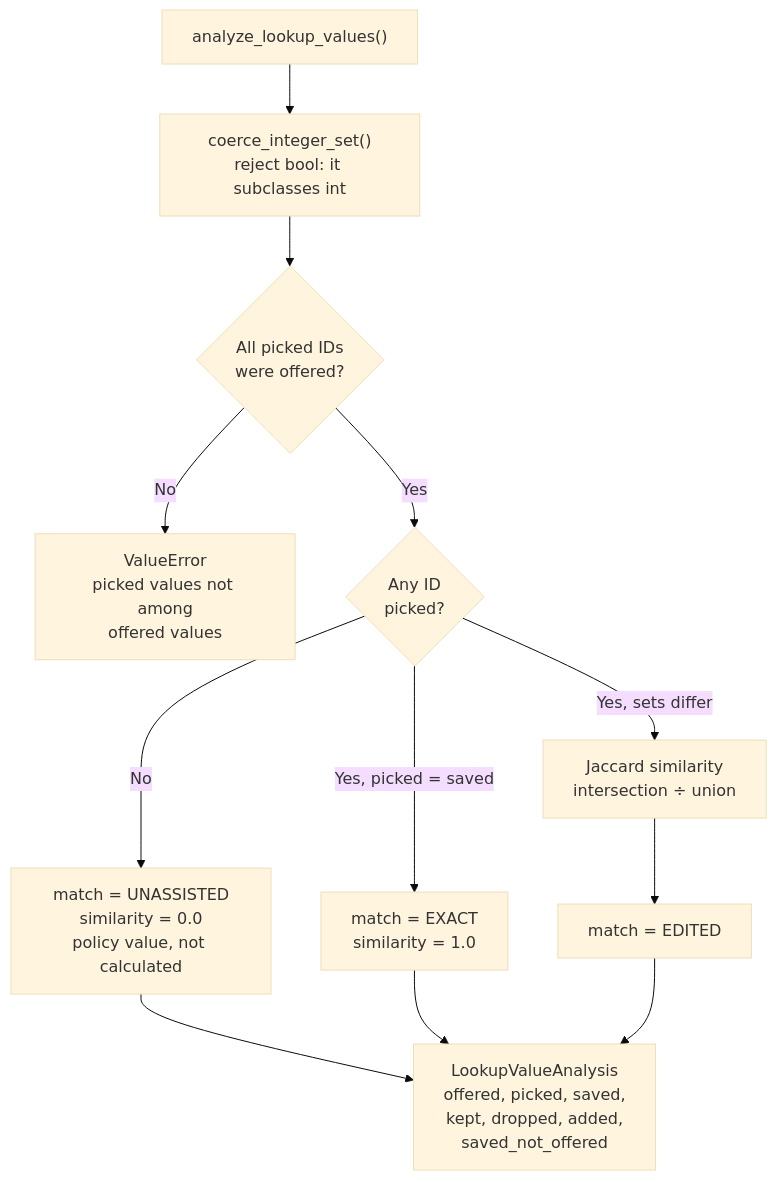
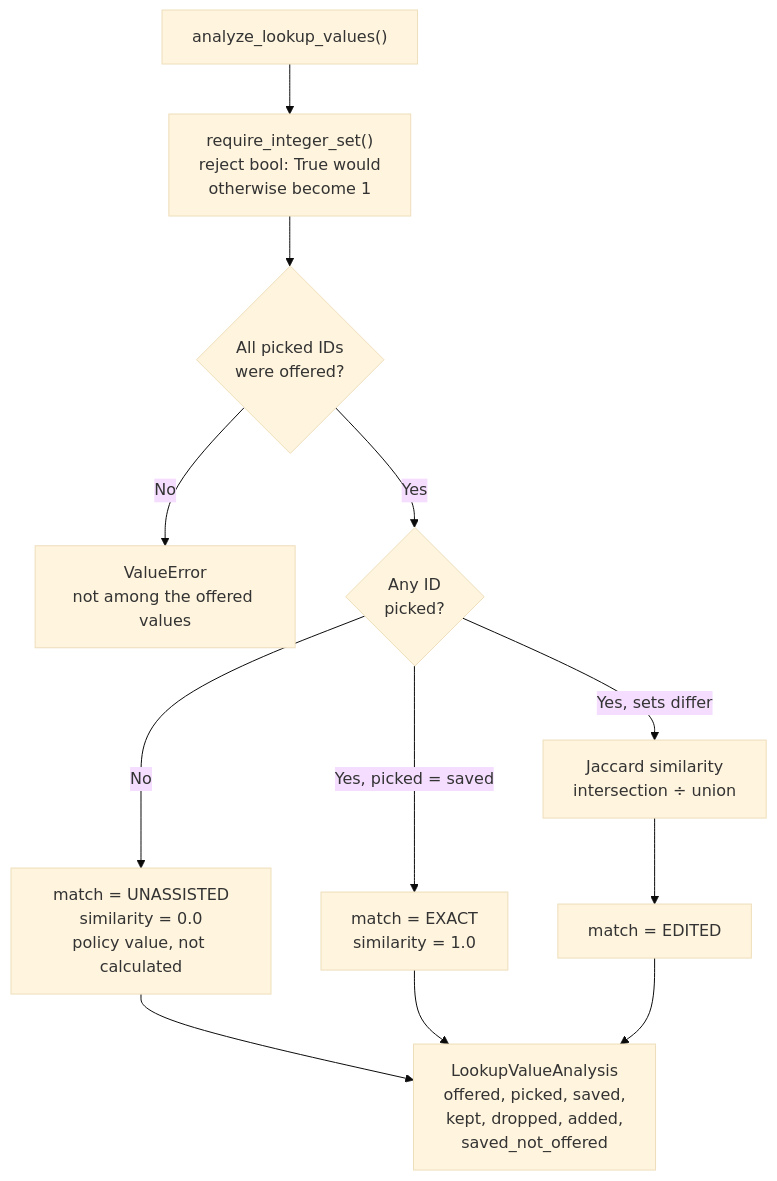
One commit to umich-michr/michr-scripts changed the seventh of 8 diagrams in docs/program-flow.md. Above: the diagram before and after it, drawn with Mermaid (base theme). The commit also changed other lines of this file, not shown here.

Commit message:
docs: revise program flow for the narrowed library scope

````diff
--- a/docs/program-flow.md
+++ b/docs/program-flow.md
@@ -251,21 +267,21 @@
 ```mermaid
 flowchart TB
     START["analyze_lookup_values()"]
-    START --> COERCE["coerce_integer_set()<br/>reject bool: it subclasses int"]
+    START --> COERCE["require_integer_set()<br/>reject bool: True would<br/>otherwise become 1"]
     COERCE --> VALID{"All picked IDs<br/>were offered?"}
 
-    VALID -->|No| ERR["ValueError<br/>picked values not among<br/>offered values"]
+    VALID -->|No| ERR["ValueError<br/>not among the offered values"]
     VALID -->|Yes| ANY{"Any ID<br/>picked?"}
 
     ANY -->|No| UNASSIST["match = UNASSISTED<br/>similarity = 0.0<br/>policy value, not calculated"]
     ANY -->|"Yes, picked = saved"| EXACT["match = EXACT<br/>similarity = 1.0"]
     ANY -->|"Yes, sets differ"| JACCARD["Jaccard similarity<br/>intersection ÷ union"]
 
     JACCARD --> EDITED["match = EDITED"]
 
     UNASSIST --> OUT
     EXACT --> OUT
     EDITED --> OUT
 
     OUT["LookupValueAnalysis<br/>offered, picked, saved,<br/>kept, dropped, added,<br/>saved_not_offered"]
 ```
````
